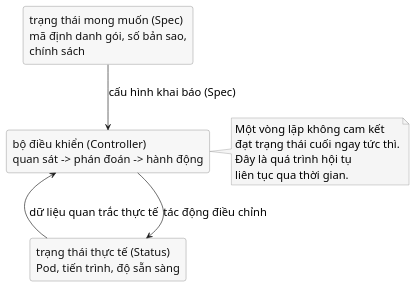
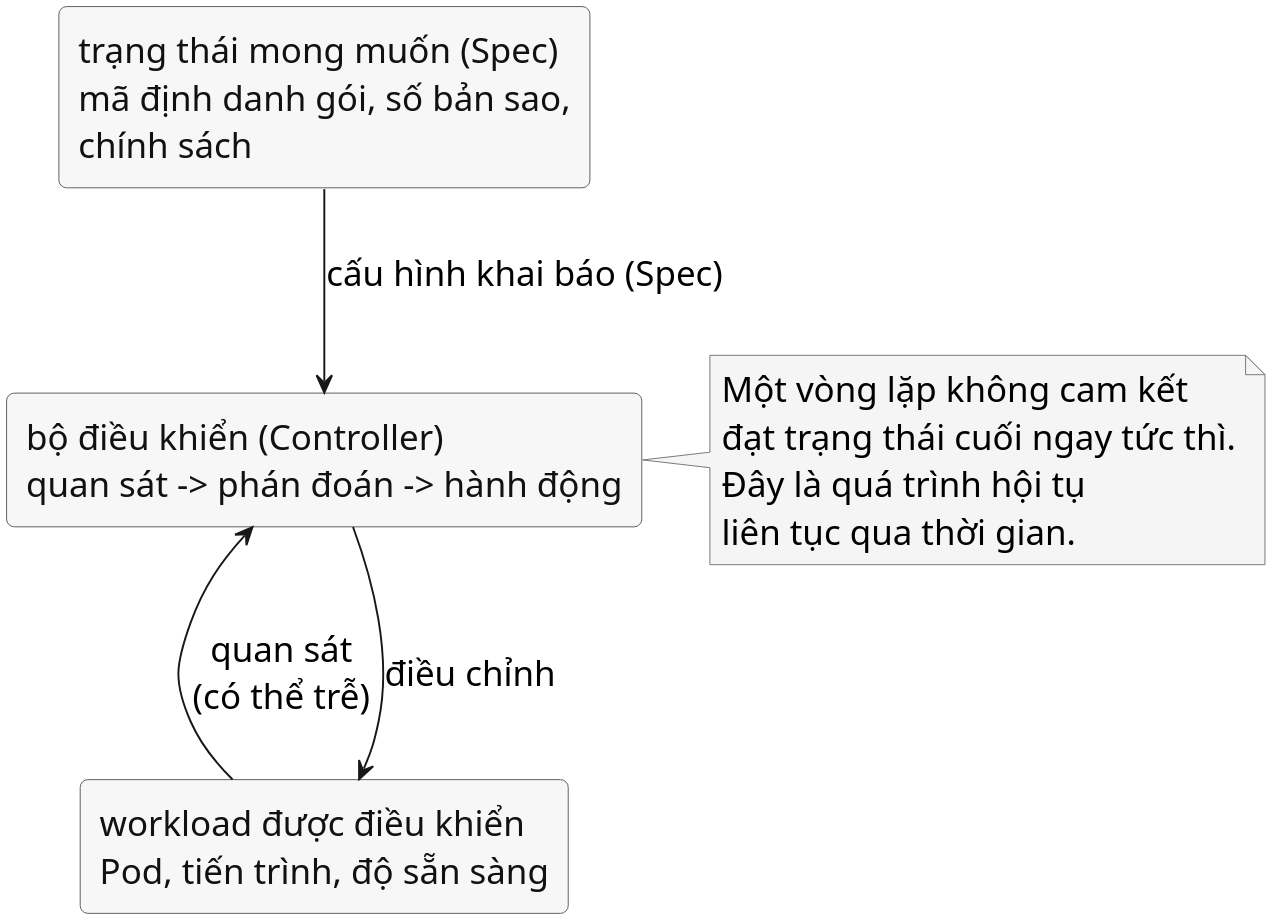
Before and after one commit to Minhlike/Golang: the diagram in assets/diagrams/reconciliation-loop.puml, drawn with PlantUML. The commit also changed 68 other files, not shown here.

```diff
--- a/assets/diagrams/reconciliation-loop.puml
+++ b/assets/diagrams/reconciliation-loop.puml
@@ -1,31 +1,32 @@
 @startuml
 top to bottom direction
 skinparam shadowing false
+skinparam dpi 300
 skinparam defaultFontName "Source Sans 3"
 skinparam defaultFontSize 18
 skinparam rectangle {
   BackgroundColor #F7F7F7
   BorderColor #5D5D5D
   FontColor #111111
   RoundCorner 8
 }
 skinparam note {
   BackgroundColor #F5F5F5
   BorderColor #777777
 }
 
 rectangle "trạng thái mong muốn (Spec)\nmã định danh gói, số bản sao,\nchính sách" as desired
 rectangle "bộ điều khiển (Controller)\nquan sát -> phán đoán -> hành động" as controller
-rectangle "trạng thái thực tế (Status)\nPod, tiến trình, độ sẵn sàng" as current
+rectangle "workload được điều khiển\nPod, tiến trình, độ sẵn sàng" as current
 
 desired -down-> controller : cấu hình khai báo (Spec)
-current -up-> controller : dữ liệu quan trắc thực tế
-controller -down-> current : tác động điều chỉnh
+current -up-> controller : quan sát\n(có thể trễ)
+controller -down-> current : điều chỉnh
 
 note right of controller
   Một vòng lặp không cam kết
   đạt trạng thái cuối ngay tức thì.
   Đây là quá trình hội tụ
   liên tục qua thời gian.
 end note
 @enduml
```
